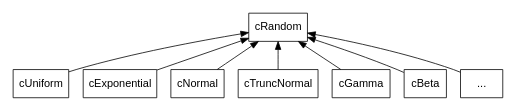
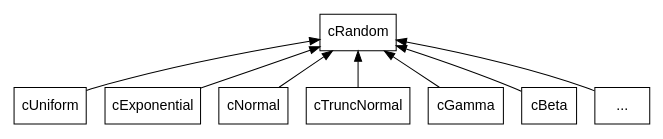
Before and after one commit to omnetpp/omnetpp: the diagram in doc/src/manual/figures/crandom-inheritance.dot, drawn with Graphviz. The commit also changed 8 other files, not shown here.

First line of the commit message:
usman: Fine tuned graphviz figure sizes.

```diff
--- a/doc/src/manual/figures/crandom-inheritance.dot
+++ b/doc/src/manual/figures/crandom-inheritance.dot
@@ -1,17 +1,17 @@
 digraph g {
-        fontsize=12; size="5,5";
+        fontsize=12; size="6.5,6.5";
         node [fontname="Arial"];
         edge [fontname="Arial"];
 
         node [shape = "rectangle"];
         edge [dir = "back"];
 
         cRandom -> cUniform;
         cRandom -> cExponential;
         cRandom -> cNormal;
         cRandom -> cTruncNormal;
         cRandom -> cGamma;
         cRandom -> cBeta;
         cRandom -> others;
         others [label = "..."];
 }
```
